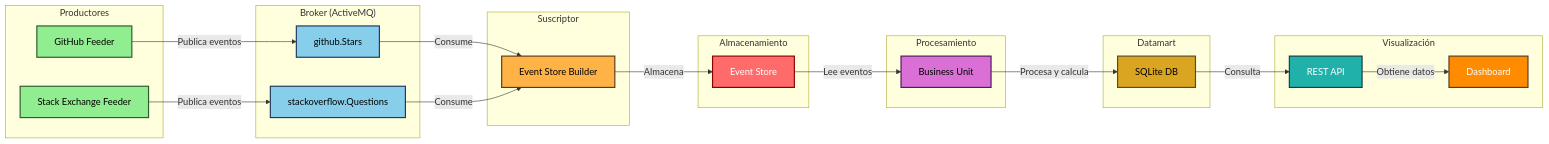
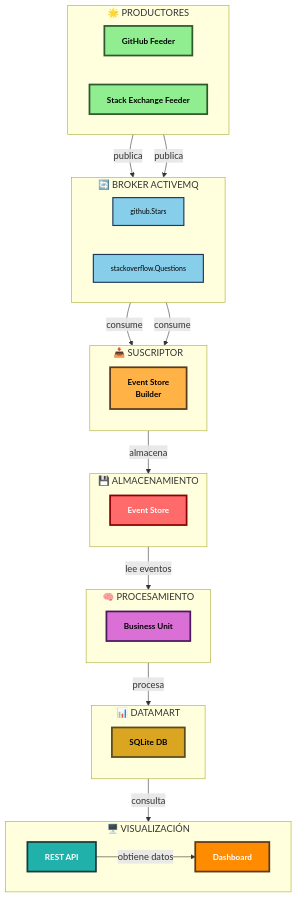
One commit to TechnoRadar/techno-radar changed the first of 5 diagrams in README.md. Above: the diagram before and after it, drawn with Mermaid.

Commit message:
Revise flowchart formatting and labels in README

````diff
--- a/README.md
+++ b/README.md
@@ -73,52 +73,59 @@
 ```mermaid
-graph LR
-    subgraph Producers["Productores"]
-        A1["GitHub Feeder"]:::producer
-        A2["Stack Exchange Feeder"]:::producer
+graph TB
+    subgraph Prod["🌟 PRODUCTORES"]
+        direction LR
+        GH["GitHub Feeder"]:::feeder
+        SE["Stack Exchange Feeder"]:::feeder
     end
     
-    subgraph Broker["Broker (ActiveMQ)"]
-        B1["github.Stars"]:::topic
-        B2["stackoverflow.Questions"]:::topic
+    subgraph Broker["🔄 BROKER ACTIVEMQ"]
+        direction LR
+        T1["github.Stars"]:::topic
+        T2["stackoverflow.Questions"]:::topic
     end
     
-    subgraph Subscriber["Suscriptor"]
-        C1["Event Store Builder"]:::subscriber
+    subgraph Sub["📥 SUSCRIPTOR"]
+        direction TB
+        ESB["Event Store<br/>Builder"]:::subscriber
     end
     
-    subgraph Storage["Almacenamiento"]
-        D1["Event Store"]:::storage
+    subgraph Store["💾 ALMACENAMIENTO"]
+        direction TB
+        ES["Event Store"]:::storage
     end
     
-    subgraph Processing["Procesamiento"]
-        E1["Business Unit"]:::processor
+    subgraph Proc["🧠 PROCESAMIENTO"]
+        direction TB
+        BU["Business Unit"]:::processor
     end
     
-    subgraph DataStorage["Datamart"]
-        F1["SQLite DB"]:::datamart
+    subgraph DM["📊 DATAMART"]
+        direction TB
+        DB["SQLite DB"]:::datamart
     end
     
-    subgraph Visualization["Visualización"]
-        G1["REST API"]:::api
-        G2["Dashboard"]:::dashboard
+    subgraph Viz["🖥️ VISUALIZACIÓN"]
+        direction LR
+        API["REST API"]:::api
+        DASH["Dashboard"]:::dashboard
     end
     
-    A1 -->|Publica eventos| B1
-    A2 -->|Publica eventos| B2
-    B1 -->|Consume| C1
-    B2 -->|Consume| C1
-    C1 -->|Almacena| D1
-    D1 -->|Lee eventos| E1
-    E1 -->|Procesa y calcula| F1
-    F1 -->|Consulta| G1
-    G1 -->|Obtiene datos| G2
+    GH -->|publica| T1
+    SE -->|publica| T2
+    T1 -->|consume| ESB
+    T2 -->|consume| ESB
+    ESB -->|almacena| ES
+    ES -->|lee eventos| BU
+    BU -->|procesa| DB
+    DB -->|consulta| API
+    API -->|obtiene datos| DASH
     
-    classDef producer fill:#90EE90,stroke:#2d5a2d,stroke-width:2px,color:#000
-    classDef topic fill:#87CEEB,stroke:#1e3a5a,stroke-width:2px,color:#000
-    classDef subscriber fill:#FFB347,stroke:#5a3a1e,stroke-width:2px,color:#000
-    classDef storage fill:#FF6B6B,stroke:#8b0000,stroke-width:2px,color:#fff
-    classDef processor fill:#DA70D6,stroke:#4a1a5a,stroke-width:2px,color:#000
-    classDef datamart fill:#DAA520,stroke:#5a4a1e,stroke-width:2px,color:#000
-    classDef api fill:#20B2AA,stroke:#1a3a3a,stroke-width:2px,color:#fff
-    classDef dashboard fill:#FF8C00,stroke:#5a3a1e,stroke-width:2px,color:#fff
+    classDef feeder fill:#90EE90,stroke:#2d5a2d,stroke-width:3px,color:#000,font-size:14px,font-weight:bold
+    classDef topic fill:#87CEEB,stroke:#1e3a5a,stroke-width:2px,color:#000,font-size:12px
+    classDef subscriber fill:#FFB347,stroke:#5a3a1e,stroke-width:3px,color:#000,font-size:14px,font-weight:bold
+    classDef storage fill:#FF6B6B,stroke:#8b0000,stroke-width:3px,color:#fff,font-size:14px,font-weight:bold
+    classDef processor fill:#DA70D6,stroke:#4a1a5a,stroke-width:3px,color:#000,font-size:14px,font-weight:bold
+    classDef datamart fill:#DAA520,stroke:#5a4a1e,stroke-width:3px,color:#000,font-size:14px,font-weight:bold
+    classDef api fill:#20B2AA,stroke:#1a3a3a,stroke-width:3px,color:#fff,font-size:14px,font-weight:bold
+    classDef dashboard fill:#FF8C00,stroke:#5a3a1e,stroke-width:3px,color:#fff,font-size:14px,font-weight:bold
 ```
````
